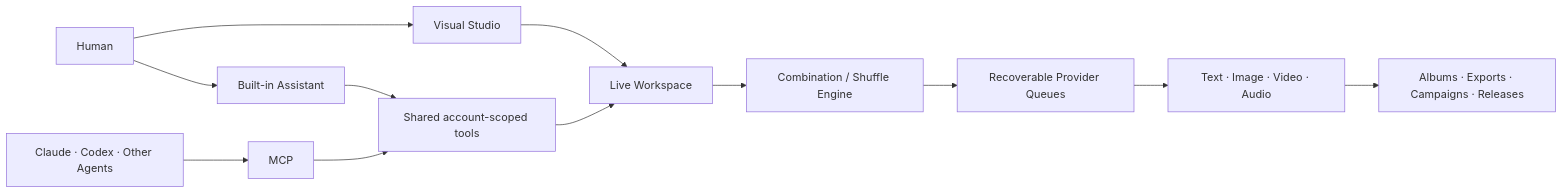
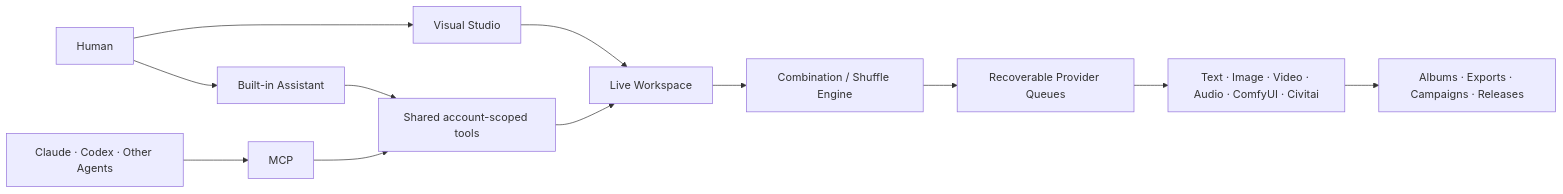
The diagram in README.md (ShinChven/remix-studio), drawn with Mermaid before and after one commit. The commit also changed other lines of this file and 25 other files, not shown here.

````diff
--- a/README.md
+++ b/README.md
@@ -25,14 +25,14 @@
 ```mermaid
 flowchart LR
     H["Human"] --> UI["Visual Studio"]
     H --> A["Built-in Assistant"]
     G["Claude · Codex · Other Agents"] --> M["MCP"]
     A --> T["Shared account-scoped tools"]
     M --> T
     UI --> W["Live Workspace"]
     T --> W
     W --> E["Combination / Shuffle Engine"]
     E --> Q["Recoverable Provider Queues"]
-    Q --> O["Text · Image · Video · Audio"]
+    Q --> O["Text · Image · Video · Audio · ComfyUI · Civitai"]
     O --> D["Albums · Exports · Campaigns · Releases"]
 ```
````
